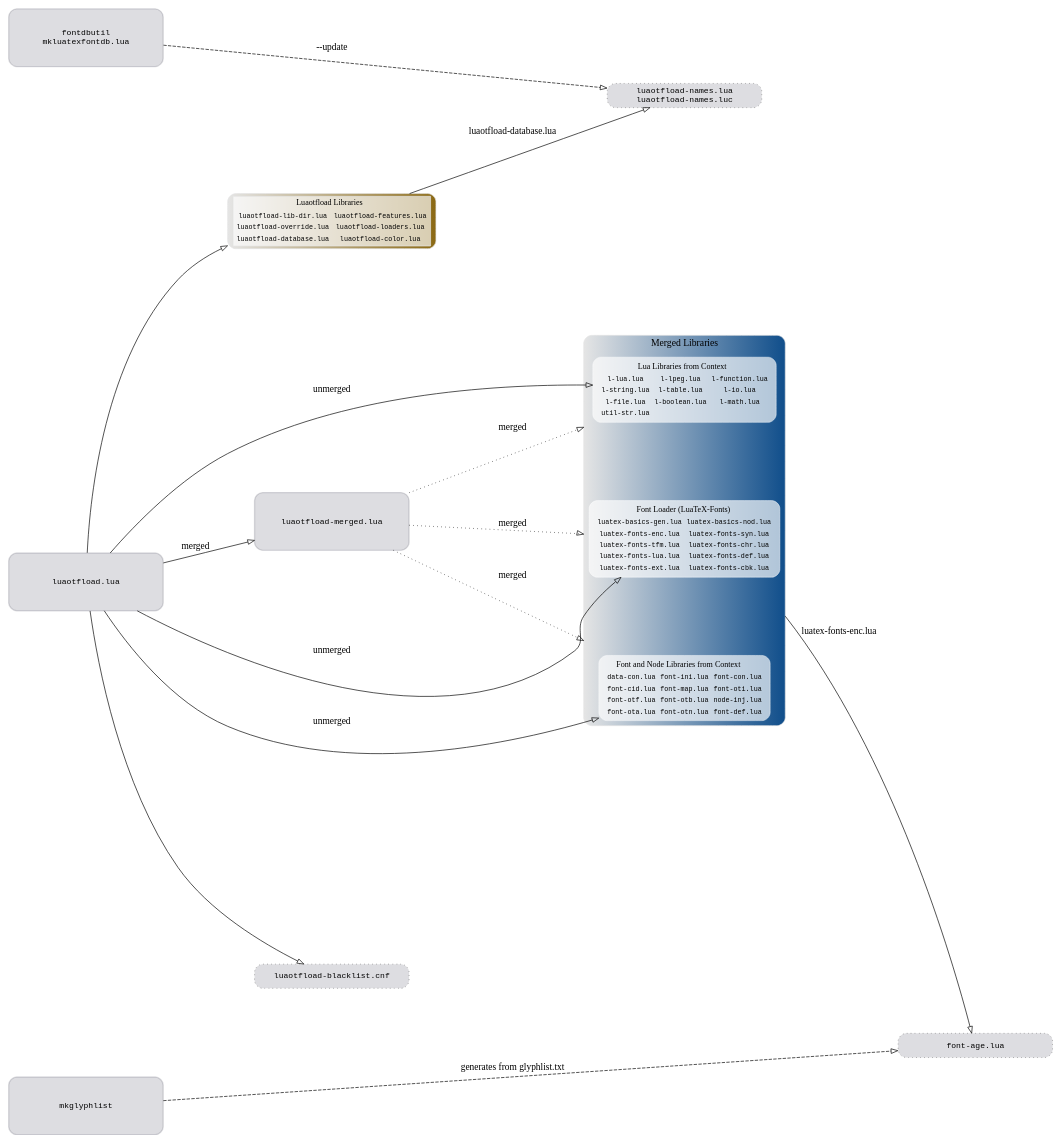
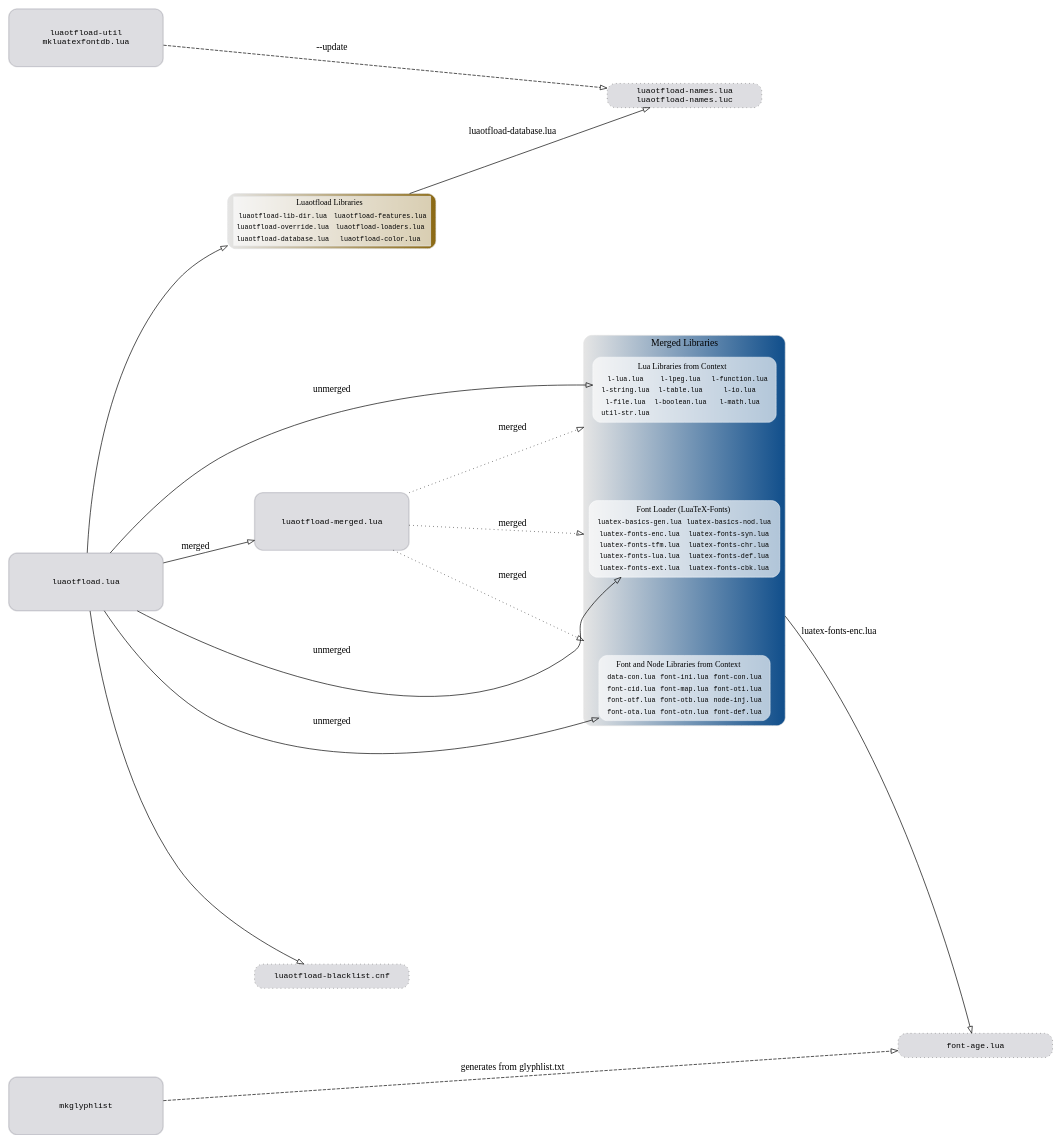
The diagram in filegraph.dot (latex3/luaotfload), drawn with Graphviz before and after one commit. The commit also changed 3 other files, not shown here.

```diff
--- a/filegraph.dot
+++ b/filegraph.dot
@@ -62,7 +62,7 @@
  * main files
  * ································································· */
 
-    fontdbutil        [label  = "fontdbutil\nmkluatexfontdb.lua",
+    fontdbutil        [label  = "luaotfload-util\nmkluatexfontdb.lua",
                        shape  = rect,
                        width  = "3.2cm",
                        height = "1.2cm",
```
